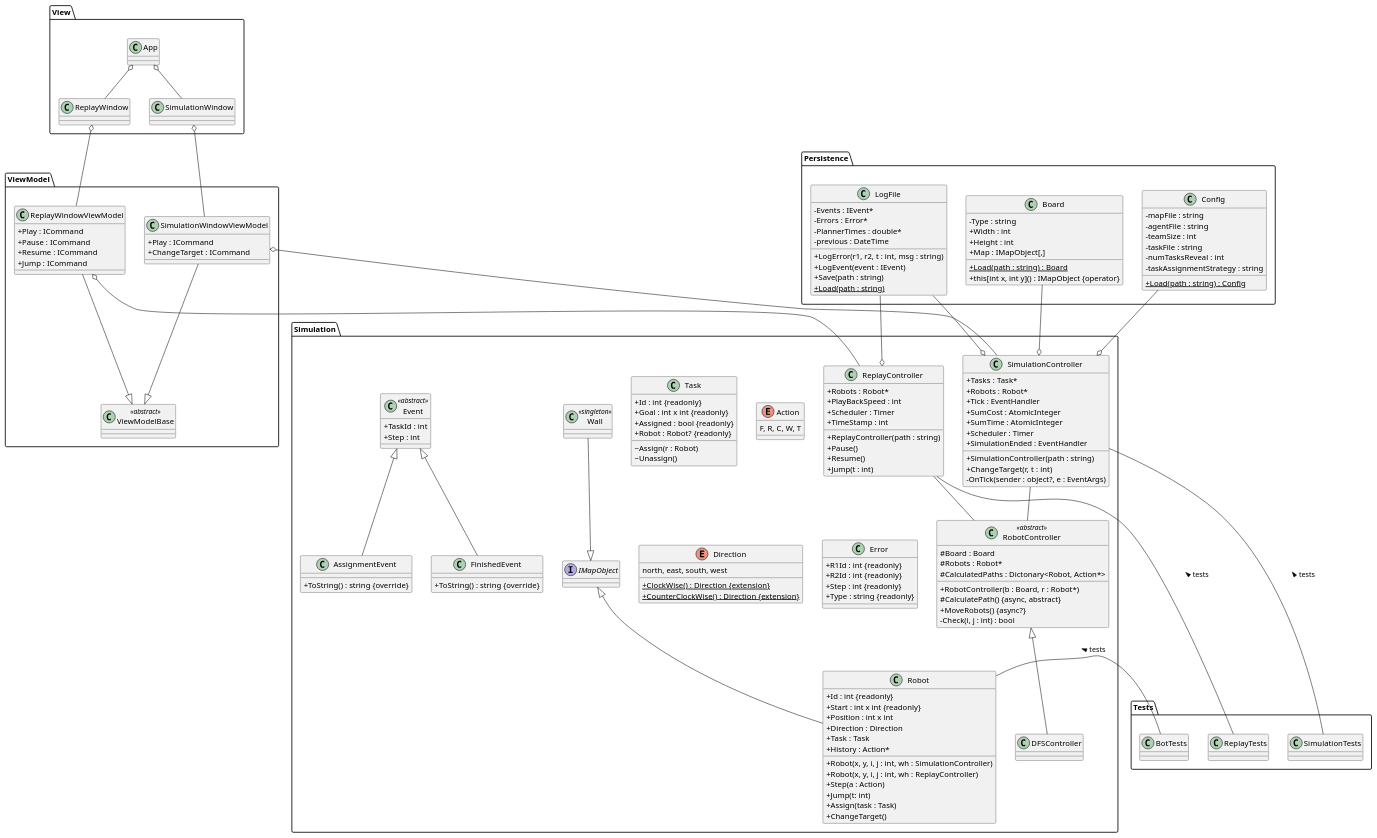
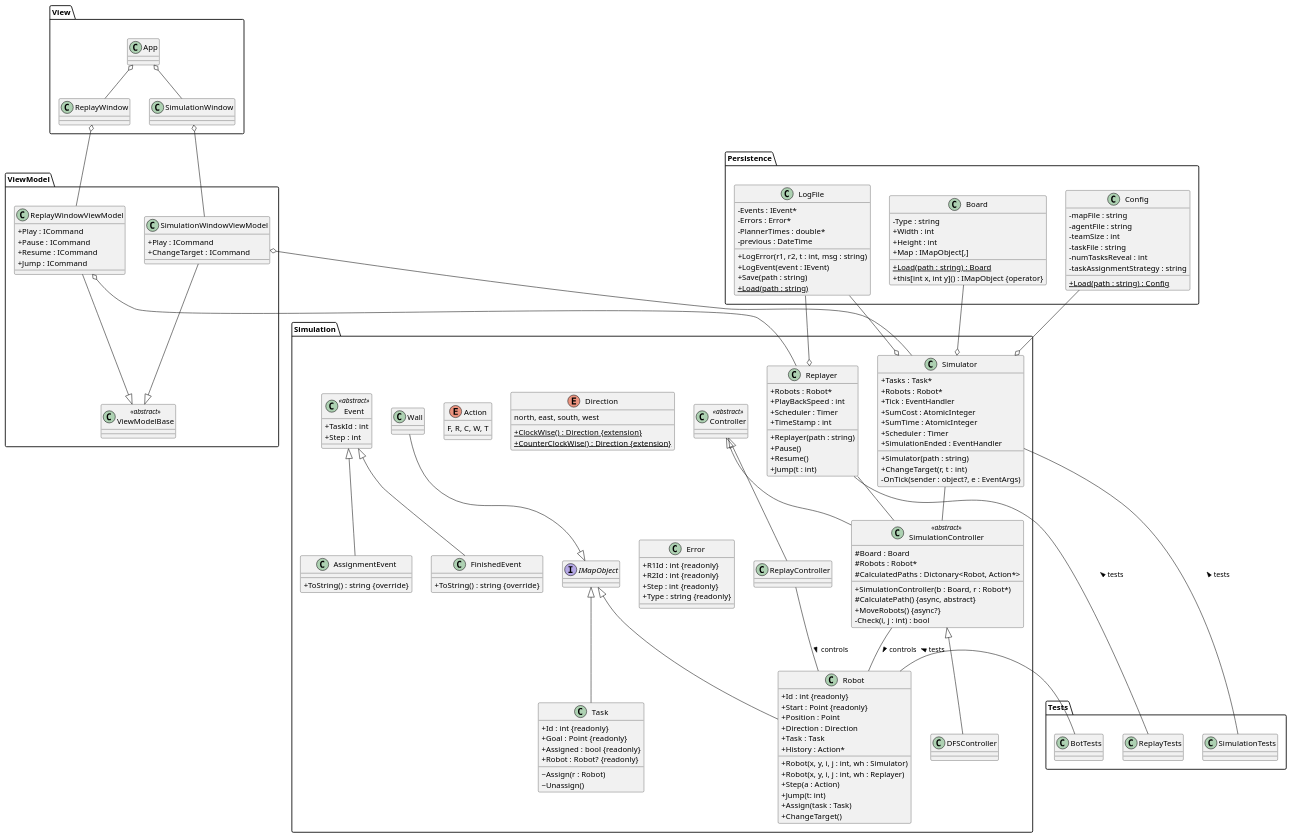
Before and after one commit to monkeysoop/csapat3: the diagram in uml/class.pu, drawn with PlantUML. The commit also changed 4 other files, not shown here.

Commit message:
added a seperate controller to model

```diff
--- a/uml/class.pu
+++ b/uml/class.pu
@@ -54,32 +54,60 @@
     }
 }
 
-package "Simulation" {
-    interface IMapObject {}
+package "Simulation" {    
 
-    class Wall <<singleton>> {}
+    class Controller <<abstract>> {}
 
-    class RobotController <<abstract>> {
+    class ReplayController {}
+
+    class SimulationController <<abstract>> {
         #Board : Board
         #Robots : Robot*
         #CalculatedPaths : Dictonary<Robot, Action*>
-        +RobotController(b : Board, r : Robot*)
+        +SimulationController(b : Board, r : Robot*)
         #CalculatePath() {async, abstract}
         +MoveRobots() {async?}
         -Check(i, j : int) : bool
     }
+    class Replayer {
+        +Robots : Robot*
+        +PlayBackSpeed : int
+        +Scheduler : Timer
+        +TimeStamp : int
+        +Replayer(path : string)
+        +Pause()
+        +Resume()
+        +Jump(t : int)
+    }
+
+    class Simulator {
+        +Tasks : Task*
+        +Robots : Robot*
+        +Tick : EventHandler
+        +SumCost : AtomicInteger
+        +SumTime : AtomicInteger
+        +Scheduler : Timer
+        +SimulationEnded : EventHandler
+        +Simulator(path : string)
+        +ChangeTarget(r, t : int)
+        -OnTick(sender : object?, e : EventArgs)
+    }
 
     class DFSController {}
 
+    interface IMapObject {}
+
+    class Wall {}
+
     class Robot {
         +Id : int {readonly}
-        +Start : int x int {readonly}
-        +Position : int x int
+        +Start : Point {readonly}
+        +Position : Point
         +Direction : Direction
         +Task : Task
         +History : Action*
-        +Robot(x, y, i, j : int, wh : SimulationController)
-        +Robot(x, y, i, j : int, wh : ReplayController)
+        +Robot(x, y, i, j : int, wh : Simulator)
+        +Robot(x, y, i, j : int, wh : Replayer)
         +Step(a : Action)
         +Jump(t: int)
         +Assign(task : Task)
@@ -88,35 +116,11 @@
 
     class Task {
         +Id : int {readonly}
-        +Goal : int x int {readonly}
+        +Goal : Point {readonly}
         +Assigned : bool {readonly}
         +Robot : Robot? {readonly}
         ~Assign(r : Robot)
         ~Unassign()
-    }
-
-    class ReplayController {
-        +Robots : Robot*
-        +PlayBackSpeed : int
-        +Scheduler : Timer
-        +TimeStamp : int
-        +ReplayController(path : string)
-        +Pause()
-        +Resume()
-        +Jump(t : int)
-    }
-
-    class SimulationController {
-        +Tasks : Task*
-        +Robots : Robot*
-        +Tick : EventHandler
-        +SumCost : AtomicInteger
-        +SumTime : AtomicInteger
-        +Scheduler : Timer
-        +SimulationEnded : EventHandler
-        +SimulationController(path : string)
-        +ChangeTarget(r, t : int)
-        -OnTick(sender : object?, e : EventArgs)
     }
 
     enum Action {
@@ -167,28 +171,34 @@
 SimulationWindow o-- SimulationWindowViewModel
 ReplayWindow o-- ReplayWindowViewModel
 
-SimulationWindowViewModel o-down- SimulationController
-ReplayWindowViewModel o-down- ReplayController
+SimulationWindowViewModel o-down- Simulator
+ReplayWindowViewModel o-down- Replayer
 
-SimulationController -right- SimulationTests : tests <
-ReplayController -right- ReplayTests : tests <
+Simulator -right- SimulationTests : tests <
+Replayer -right- ReplayTests : tests <
 Robot -right- BotTests : tests <
 
-SimulationController o-up- Config
-SimulationController o-up- Board
-SimulationController o-up- LogFile
+Simulator o-up- Config
+Simulator o-up- Board
+Simulator o-up- LogFile
 
-ReplayController o-up- LogFile
+Replayer o-up- LogFile
 
 IMapObject <|-up- Wall
 IMapObject <|-- Robot
+IMapObject <|-- Task
 
 Event <|-down- AssignmentEvent
 Event <|-down- FinishedEvent
 
-RobotController <|-down- DFSController
+Controller <|-down- SimulationController
+Controller <|-down- ReplayController
+SimulationController <|-down- DFSController
 
-SimulationController -- RobotController
-ReplayController -- RobotController
+Simulator -- SimulationController
+Replayer -- SimulationController
+
+SimulationController -- Robot : > controls
+ReplayController -- Robot : > controls
 
 @enduml
```
